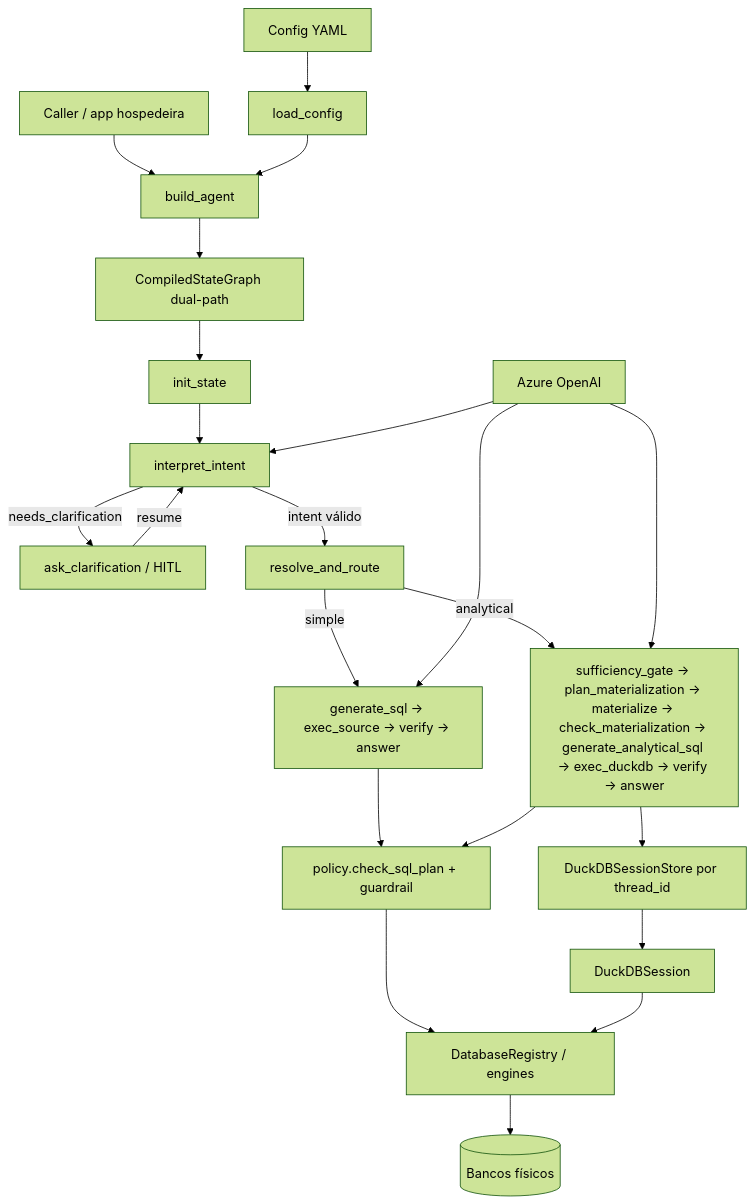
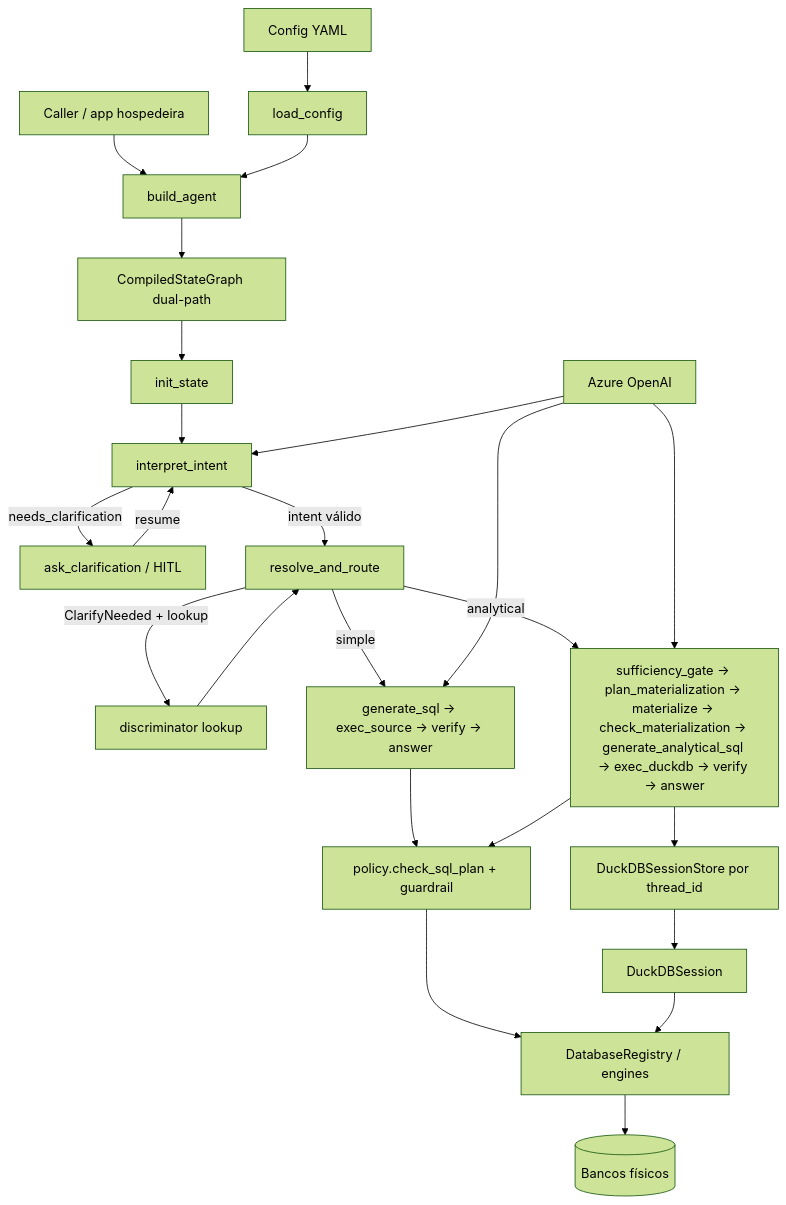
Before and after one commit to felipph/text2sql-agent: the diagram in docs/arquitetura.md, drawn with Mermaid (forest theme). The commit also changed other lines of this file and 15 other files, not shown here.

````diff
--- a/docs/arquitetura.md
+++ b/docs/arquitetura.md
@@ -9,26 +9,28 @@
 ```mermaid
 flowchart TB
   Caller[Caller / app hospedeira] --> BA[build_agent]
   YAML[Config YAML] --> LC[load_config]
   LC --> BA
   BA --> Graph[CompiledStateGraph dual-path]
 
   Graph --> IS[init_state]
   IS --> II[interpret_intent]
   II -->|needs_clarification| AC[ask_clarification / HITL]
   AC -->|resume| II
   II -->|intent válido| RR[resolve_and_route]
+  RR -->|ClarifyNeeded + lookup| LK[discriminator lookup]
+  LK --> RR
   RR -->|simple| SP[generate_sql → exec_source → verify → answer]
   RR -->|analytical| AP[sufficiency_gate → plan_materialization → materialize → check_materialization → generate_analytical_sql → exec_duckdb → verify → answer]
   SP --> PG[policy.check_sql_plan + guardrail]
   AP --> PG
   PG --> REG[DatabaseRegistry / engines]
   AP --> DS[DuckDBSessionStore por thread_id]
   DS --> DD[DuckDBSession]
   DD --> REG
 
   LLM[Azure OpenAI] --> II
   LLM --> SP
   LLM --> AP
   REG --> DB[(Bancos físicos)]
 ```
````
